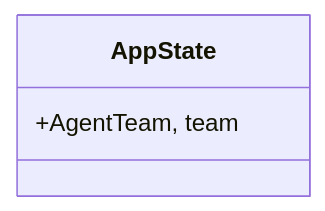
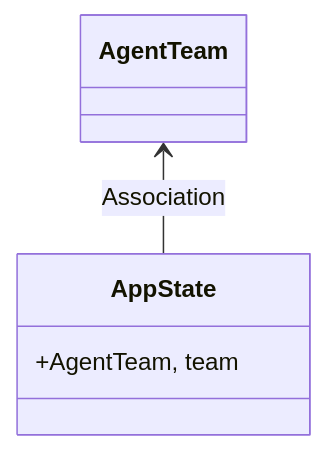
The first of 2 diagrams in openwiki/src/interface/http/routes.md (lgcorzo/fastapi-autogen-team), drawn with Mermaid before and after one commit. The commit also changed other lines of this file and 22 other files, not shown here.

````diff
--- a/openwiki/src/interface/http/routes.md
+++ b/openwiki/src/interface/http/routes.md
@@ -26,7 +26,8 @@
 ```mermaid
 classDiagram
     direction BT
     class AppState {
         +AgentTeam, team
     }
+    AppState --> AgentTeam : Association
 ```
````
